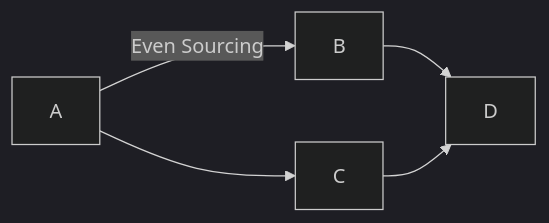
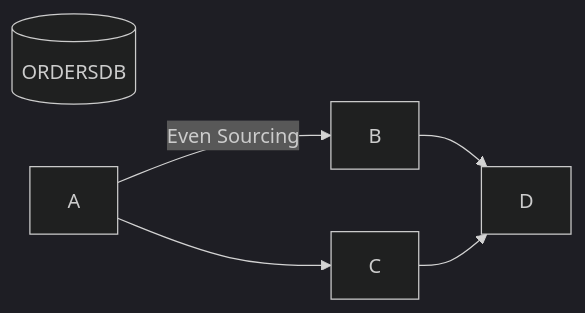
One commit to Juan-jcm-7/BD changed the diagram in README.MD. Above: the diagram before and after it, drawn with Mermaid (dark theme).

````diff
--- a/README.MD
+++ b/README.MD
@@ -1,7 +1,8 @@
 ```mermaid
 graph LR;
+  ordersDB[(ORDERSDB)]
   A-->|Even Sourcing|B;
   A-->C;
   B-->D;
   C-->D;
 ```
````
